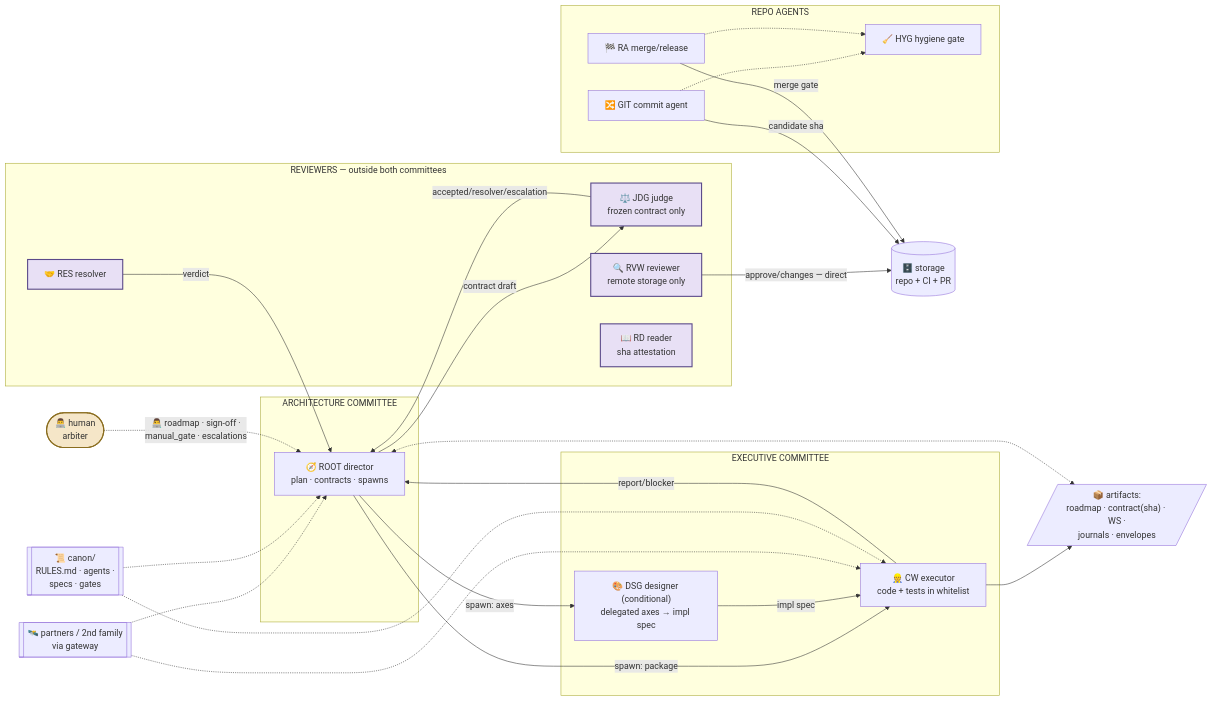
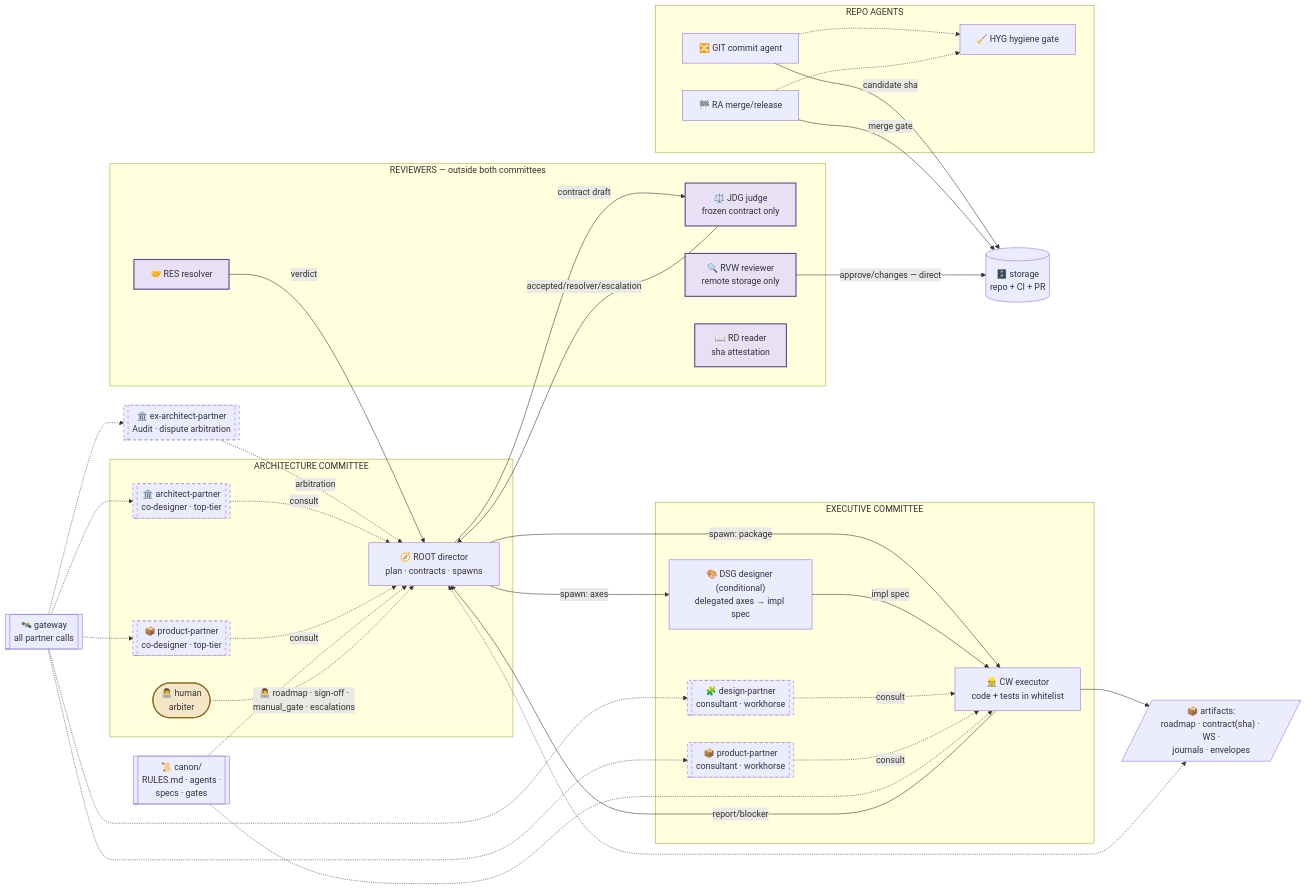
The diagram in docs/en/diagrams/cycle_structure.mmd (ychetka/CCSDD), drawn with Mermaid before and after one commit. The commit also changed 3 other files, not shown here.

```diff
--- a/docs/en/diagrams/cycle_structure.mmd
+++ b/docs/en/diagrams/cycle_structure.mmd
@@ -1,50 +1,65 @@
 flowchart LR
   subgraph COM1["ARCHITECTURE COMMITTEE"]
     ROOT["🧭 ROOT director<br/>plan · contracts · spawns"]
+    AP[["🏛️ architect-partner<br/>co-designer · top-tier"]]
+    PPA[["📦 product-partner<br/>co-designer · top-tier"]]
+    DEV(["👨‍💻 human<br/>arbiter"])
   end
   subgraph COM2["EXECUTIVE COMMITTEE"]
     CW["👷 CW executor<br/>code + tests in whitelist"]
     DSG["🎨 DSG designer (conditional)<br/>delegated axes → impl spec"]
+    DP[["🧩 design-partner<br/>consultant · workhorse"]]
+    PPE[["📦 product-partner<br/>consultant · workhorse"]]
   end
   subgraph REV["REVIEWERS — outside both committees"]
     JDG["⚖️ JDG judge<br/>frozen contract only"]
     RVW["🔍 RVW reviewer<br/>remote storage only"]
     RES["🤝 RES resolver"]
     RD["📖 RD reader<br/>sha attestation"]
   end
   subgraph REPOS["REPO AGENTS"]
     GIT["🔀 GIT commit agent"]
     RA["🏁 RA merge/release"]
     HYG["🧹 HYG hygiene gate"]
   end
 
   ART[/"📦 artifacts:<br/>roadmap · contract(sha) · WS ·<br/>journals · envelopes"/]
   REPO[("🗄️ storage<br/>repo + CI + PR")]
-  DEV(["👨‍💻 human<br/>arbiter"])
-  PART[["🛰️ partners / 2nd family<br/>via gateway"]]
+  GW[["🛰️ gateway<br/>all partner calls"]]
+  XA[["🏛️ ex-architect-partner<br/>Audit · dispute arbitration"]]
   RULES[["📜 canon/<br/>RULES.md · agents ·<br/>specs · gates"]]
 
   ROOT -->|spawn: package| CW
   ROOT -->|spawn: axes| DSG
   ROOT -->|contract draft| JDG
   DSG -->|impl spec| CW
   CW -->|report/blocker| ROOT
   CW --> ART
   JDG -->|accepted/resolver/escalation| ROOT
   RVW -->|approve/changes — direct| REPO
   RES -->|verdict| ROOT
   GIT -->|candidate sha| REPO
   RA -->|merge gate| REPO
   GIT -.-> HYG
   RA -.-> HYG
   ROOT <-.-> ART
-  PART -.-> ROOT
-  PART -.-> CW
+  GW -.-> AP
+  GW -.-> PPA
+  GW -.-> DP
+  GW -.-> PPE
+  GW -.-> XA
+  XA -.->|arbitration| ROOT
+  AP -.->|consult| ROOT
+  PPA -.->|consult| ROOT
+  DP -.->|consult| CW
+  PPE -.->|consult| CW
   RULES -.-> ROOT
   RULES -.-> CW
   DEV -.->|👨‍💻 roadmap · sign-off ·<br/>manual_gate · escalations| ROOT
 
   classDef human fill:#f5e6c8,stroke:#8a6d1f,stroke-width:2px
   classDef rev fill:#e8e0f5,stroke:#5b4a8a,stroke-width:2px
+  classDef partner stroke-dasharray:5 5
   class DEV human
   class JDG,RVW,RES,RD rev
+  class AP,PPA,DP,PPE,XA partner
```
